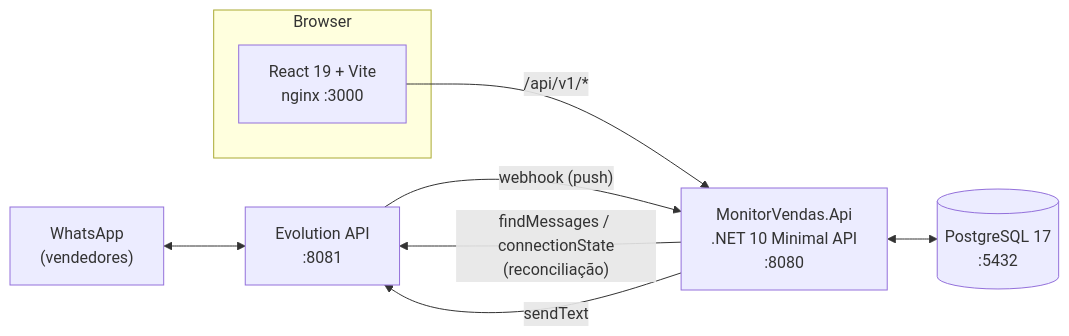
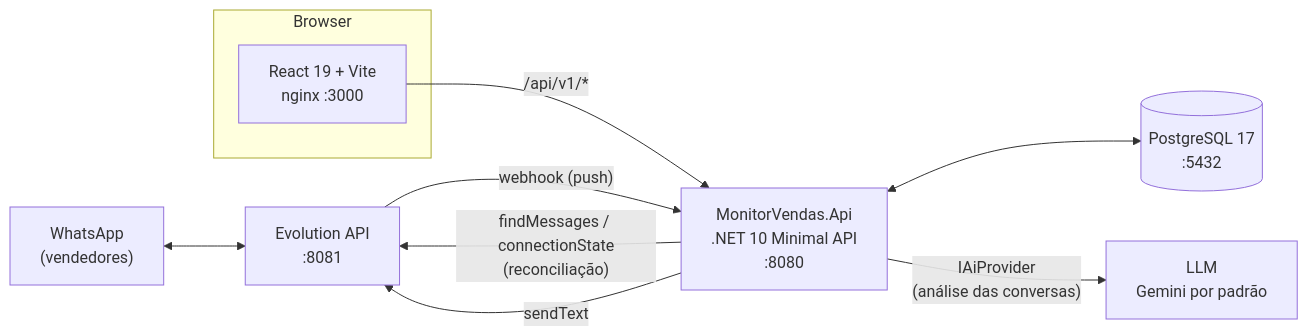
The first of 3 diagrams in README.md (IgorCoura/monitor-vendas), drawn with Mermaid before and after one commit. The commit also changed other lines of this file and 58 other files, not shown here.

````diff
--- a/README.md
+++ b/README.md
@@ -79,14 +85,15 @@
 ```mermaid
 flowchart LR
     WA["WhatsApp<br/>(vendedores)"] <--> EVO["Evolution API<br/>:8081"]
     EVO -- "webhook (push)" --> API
     API -- "findMessages / connectionState<br/>(reconciliação)" --> EVO
     API -- "sendText" --> EVO
 
     subgraph Browser
       UI["React 19 + Vite<br/>nginx :3000"]
     end
 
     UI -- "/api/v1/*" --> API["MonitorVendas.Api<br/>.NET 10 Minimal API<br/>:8080"]
     API <--> PG[("PostgreSQL 17<br/>:5432")]
+    API -- "IAiProvider<br/>(análise das conversas)" --> LLM["LLM<br/>Gemini por padrão"]
 ```
````
